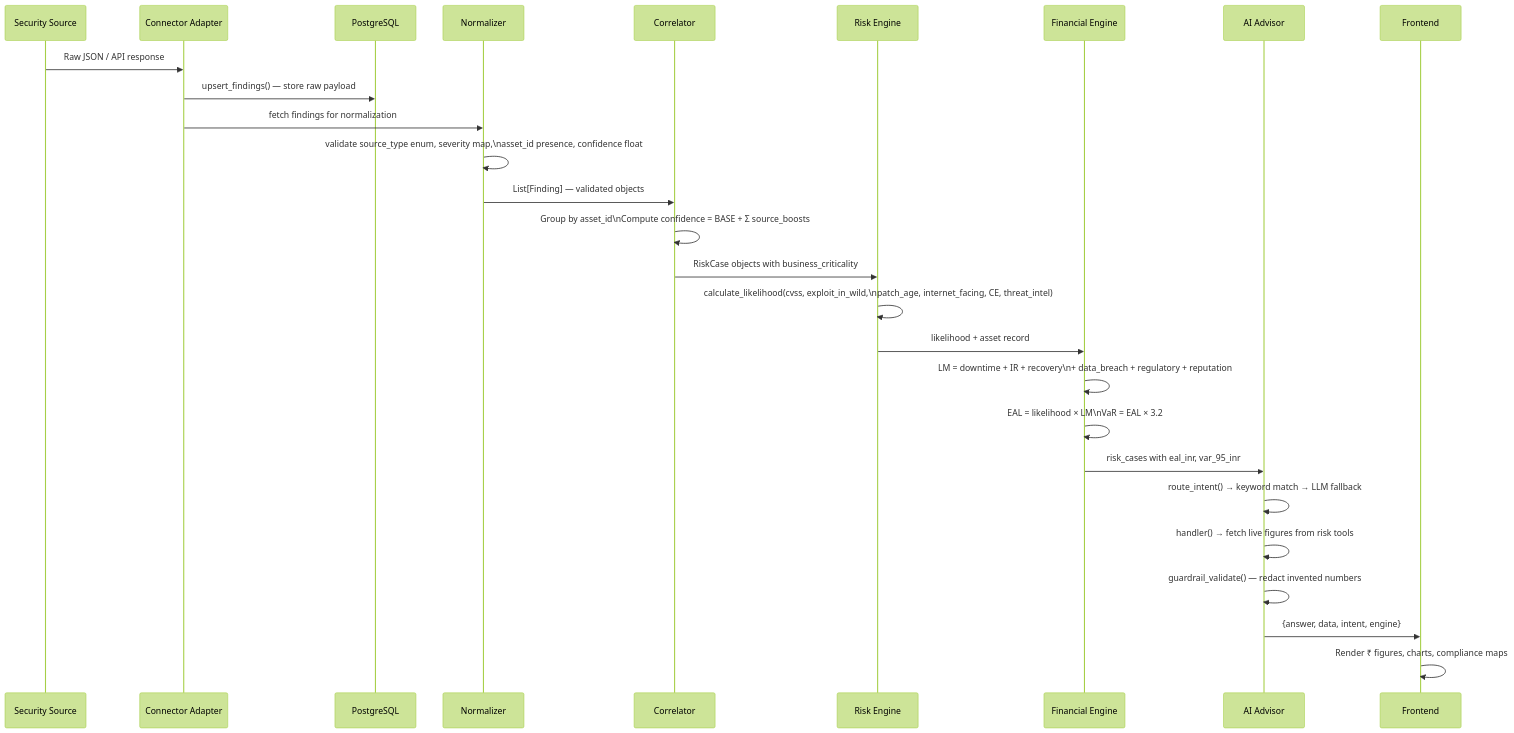
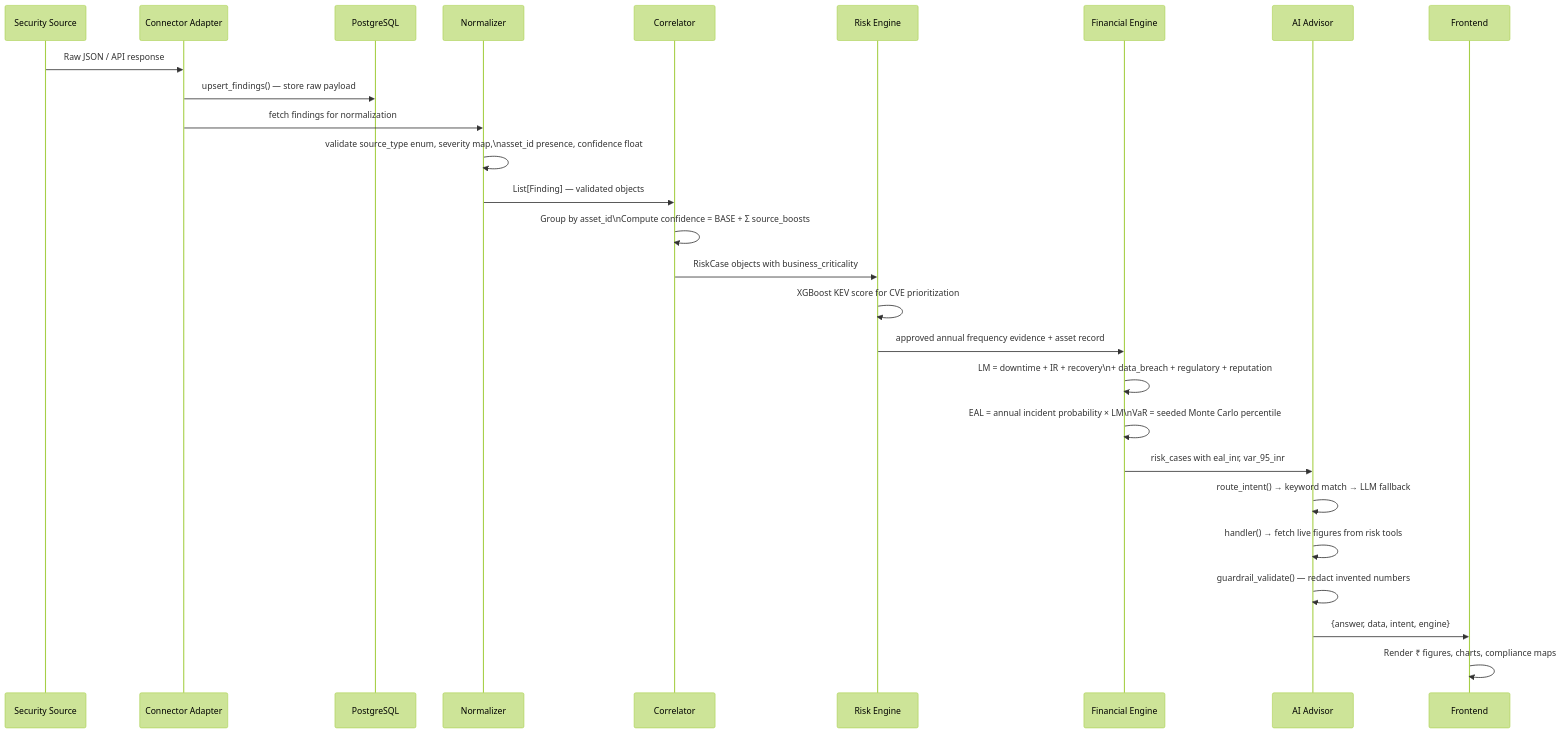
Before and after one commit to JashwanthMU/CRISPR: the third of 16 diagrams in docs/architecture/system_architecture.md, drawn with Mermaid (forest theme). The commit also changed other lines of this file and 2 other files, not shown here.

Commit message:
docs: align architecture with governed risk pipeline

````diff
--- a/docs/architecture/system_architecture.md
+++ b/docs/architecture/system_architecture.md
@@ -182,30 +182,30 @@
 ```mermaid
 sequenceDiagram
     participant SRC as Security Source
     participant CON as Connector Adapter
     participant DB as PostgreSQL
     participant NORM as Normalizer
     participant CORR as Correlator
     participant RISK as Risk Engine
     participant FIN as Financial Engine
     participant AI as AI Advisor
     participant FE as Frontend
 
     SRC->>CON: Raw JSON / API response
     CON->>DB: upsert_findings() — store raw payload
     CON->>NORM: fetch findings for normalization
     NORM->>NORM: validate source_type enum, severity map,\nasset_id presence, confidence float
     NORM->>CORR: List[Finding] — validated objects
     CORR->>CORR: Group by asset_id\nCompute confidence = BASE + Σ source_boosts
     CORR->>RISK: RiskCase objects with business_criticality
-    RISK->>RISK: calculate_likelihood(cvss, exploit_in_wild,\npatch_age, internet_facing, CE, threat_intel)
-    RISK->>FIN: likelihood + asset record
+    RISK->>RISK: XGBoost KEV score for CVE prioritization
+    RISK->>FIN: approved annual frequency evidence + asset record
     FIN->>FIN: LM = downtime + IR + recovery\n+ data_breach + regulatory + reputation
-    FIN->>FIN: EAL = likelihood × LM\nVaR = EAL × 3.2
+    FIN->>FIN: EAL = annual incident probability × LM\nVaR = seeded Monte Carlo percentile
     FIN->>AI: risk_cases with eal_inr, var_95_inr
     AI->>AI: route_intent() → keyword match → LLM fallback
     AI->>AI: handler() → fetch live figures from risk tools
     AI->>AI: guardrail_validate() — redact invented numbers
     AI->>FE: {answer, data, intent, engine}
     FE->>FE: Render ₹ figures, charts, compliance maps
 ```
````
